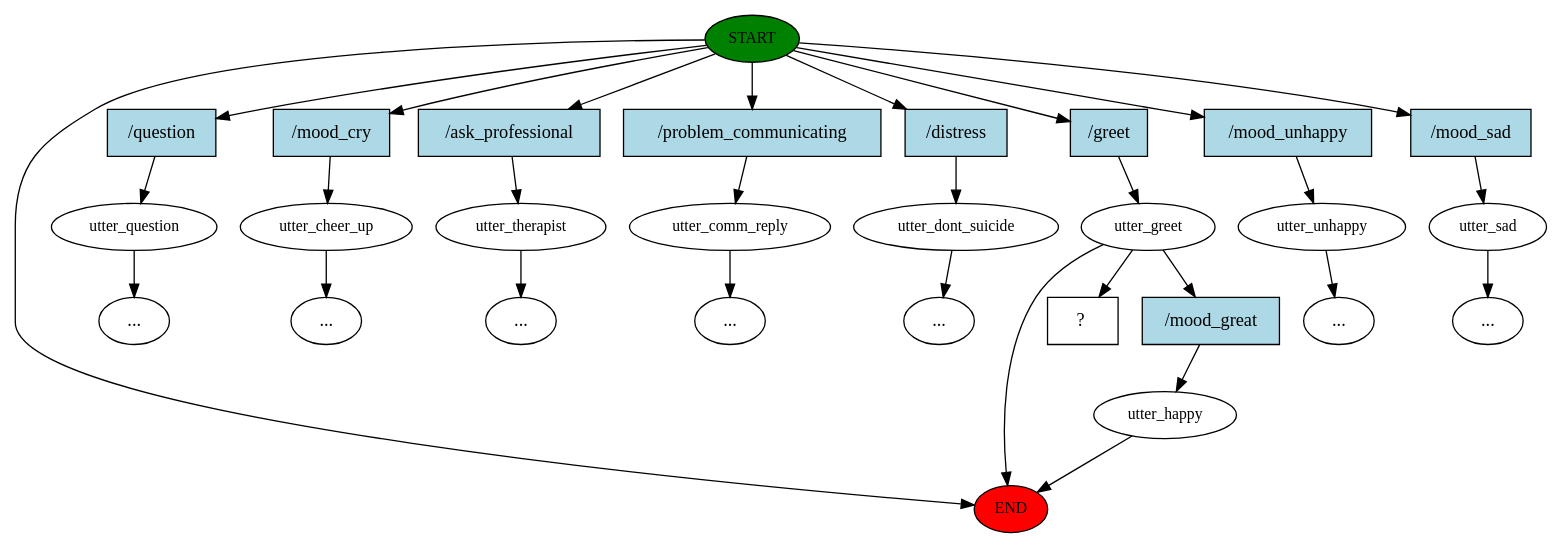
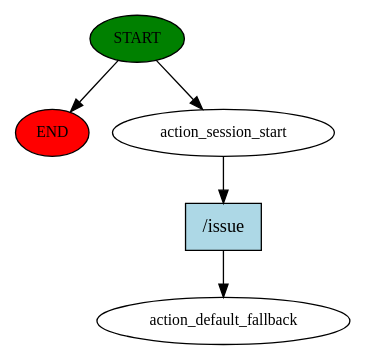
Before and after one commit to ashirvad-a-poojary/project-solus: the diagram in chatbot-frame/story_graph.dot, drawn with Graphviz. The commit also changed 110 other files, not shown here.

```diff
--- a/chatbot-frame/story_graph.dot
+++ b/chatbot-frame/story_graph.dot
@@ -1,59 +1,11 @@
 digraph  {
 0 [class="start active", fillcolor=green, fontsize=12, label=START, style=filled];
 "-1" [class=end, fillcolor=red, fontsize=12, label=END, style=filled];
-1 [class="", fontsize=12, label=utter_question];
-"-3" [class=ellipsis, label="..."];
-2 [class="", fontsize=12, label=utter_cheer_up];
-"-4" [class=ellipsis, label="..."];
-3 [class="", fontsize=12, label=utter_therapist];
-"-5" [class=ellipsis, label="..."];
-4 [class="", fontsize=12, label=utter_comm_reply];
-"-6" [class=ellipsis, label="..."];
-5 [class="", fontsize=12, label=utter_dont_suicide];
-"-7" [class=ellipsis, label="..."];
-6 [class=active, fontsize=12, label=utter_greet];
-8 [class="", fontsize=12, label=utter_happy];
-9 [class="", fontsize=12, label=utter_unhappy];
-10 [class="", fontsize=12, label=utter_sad];
-"-10" [class=ellipsis, label="..."];
-"-12" [class=ellipsis, label="..."];
-15 [class="intent dashed active", label="  ?  ", shape=rect];
-16 [class=intent, fillcolor=lightblue, label="/question", shape=rect, style=filled];
-17 [class=intent, fillcolor=lightblue, label="/mood_cry", shape=rect, style=filled];
-18 [class=intent, fillcolor=lightblue, label="/ask_professional", shape=rect, style=filled];
-19 [class=intent, fillcolor=lightblue, label="/problem_communicating", shape=rect, style=filled];
-20 [class=intent, fillcolor=lightblue, label="/distress", shape=rect, style=filled];
-21 [class="intent active", fillcolor=lightblue, label="/greet", shape=rect, style=filled];
-22 [class=intent, fillcolor=lightblue, label="/mood_unhappy", shape=rect, style=filled];
-23 [class=intent, fillcolor=lightblue, label="/mood_sad", shape=rect, style=filled];
-24 [class=intent, fillcolor=lightblue, label="/mood_great", shape=rect, style=filled];
+1 [class=active, fontsize=12, label=action_session_start];
+2 [class="dashed active", fontsize=12, label=action_default_fallback];
+3 [class="intent active", fillcolor=lightblue, label="/issue", shape=rect, style=filled];
 0 -> "-1"  [class="", key=NONE, label=""];
-0 -> 16  [class="", key=0];
-0 -> 17  [class="", key=0];
-0 -> 18  [class="", key=0];
-0 -> 19  [class="", key=0];
-0 -> 20  [class="", key=0];
-0 -> 21  [class=active, key=0];
-0 -> 22  [class="", key=0];
-0 -> 23  [class="", key=0];
-1 -> "-3"  [class="", key=NONE, label=""];
-2 -> "-4"  [class="", key=NONE, label=""];
-3 -> "-5"  [class="", key=NONE, label=""];
-4 -> "-6"  [class="", key=NONE, label=""];
-5 -> "-7"  [class="", key=NONE, label=""];
-6 -> "-1"  [class="", key=NONE, label=""];
-6 -> 15  [class=active, key=NONE, label=""];
-6 -> 24  [class="", key=0];
-8 -> "-1"  [class="", key=NONE, label=""];
-9 -> "-10"  [class="", key=NONE, label=""];
-10 -> "-12"  [class="", key=NONE, label=""];
-16 -> 1  [class="", key=0];
-17 -> 2  [class="", key=0];
-18 -> 3  [class="", key=0];
-19 -> 4  [class="", key=0];
-20 -> 5  [class="", key=0];
-21 -> 6  [class=active, key=0];
-22 -> 9  [class="", key=0];
-23 -> 10  [class="", key=0];
-24 -> 8  [class="", key=0];
+0 -> 1  [class=active, key=NONE, label=""];
+1 -> 3  [class=active, key=0];
+3 -> 2  [class=active, key=0];
 }
```
